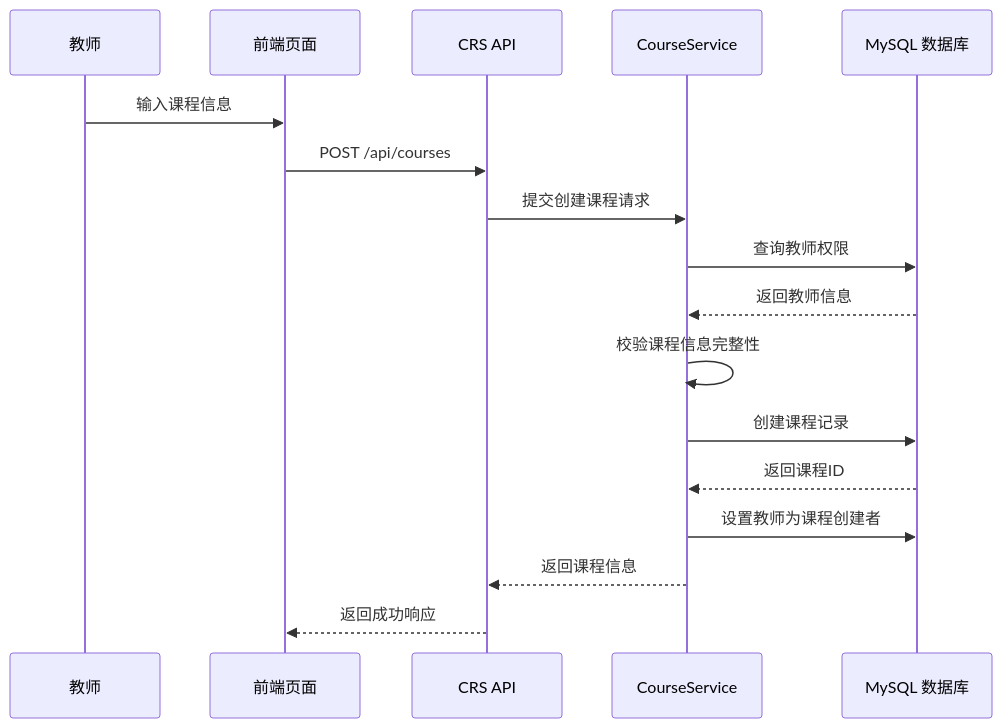
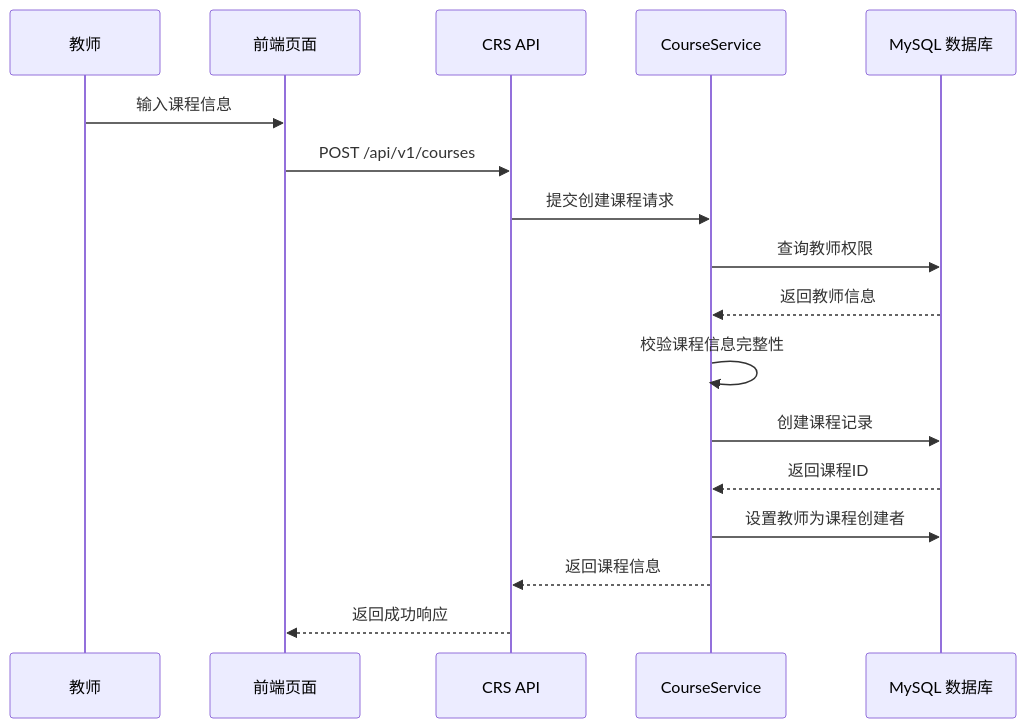
One commit to Cr4zyorange/OnlineJudge changed the tenth of 47 diagrams in docs/最终提交/软件详细设计说明书.md. Above: the diagram before and after it, drawn with Mermaid. The commit also changed other lines of this file, not shown here.

````diff
--- a/docs/最终提交/软件详细设计说明书.md
+++ b/docs/最终提交/软件详细设计说明书.md
@@ -1097,19 +1098,19 @@
 ```mermaid
 sequenceDiagram
   participant T as 教师
   participant P as 前端页面
   participant A as CRS API
   participant CS as CourseService
   participant D as MySQL 数据库
   T->>P: 输入课程信息
-  P->>A: POST /api/courses
+  P->>A: POST /api/v1/courses
   A->>CS: 提交创建课程请求
   CS->>D: 查询教师权限
   D-->>CS: 返回教师信息
   CS->>CS: 校验课程信息完整性
   CS->>D: 创建课程记录
   D-->>CS: 返回课程ID
   CS->>D: 设置教师为课程创建者
   CS-->>A: 返回课程信息
   A-->>P: 返回成功响应
 ```
````
